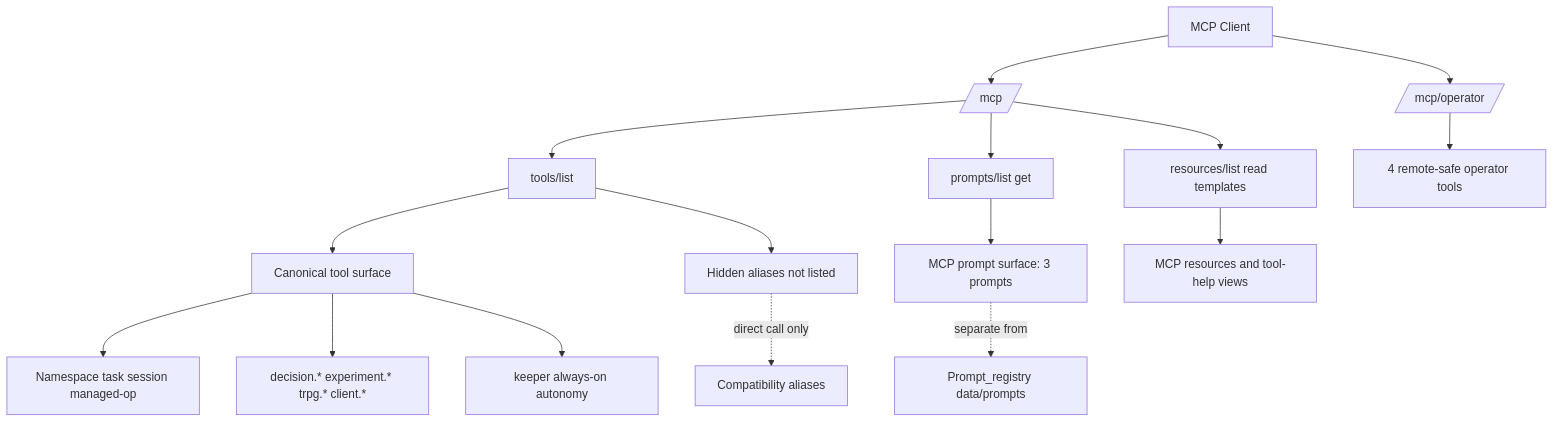
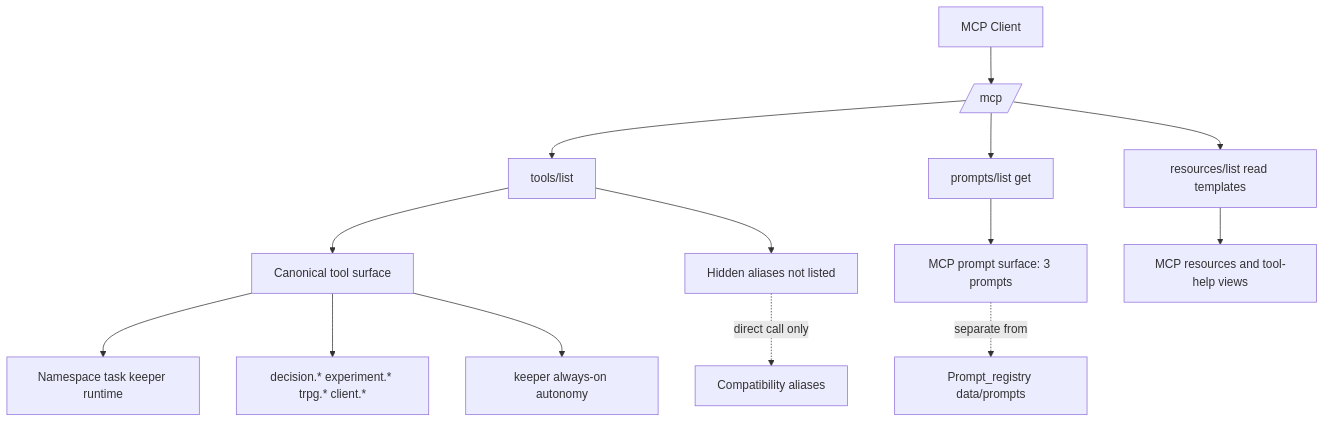
One commit to jeong-sik/masc changed the first of 5 diagrams in docs/MCP-SURFACE-AUDIT.md. Above: the diagram before and after it, drawn with Mermaid. The commit also changed other lines of this file and 38 other files, not shown here.

````diff
--- a/docs/MCP-SURFACE-AUDIT.md
+++ b/docs/MCP-SURFACE-AUDIT.md
@@ -61,24 +59,21 @@
 ```mermaid
 flowchart TD
   Client[MCP Client] --> MCP[/mcp/]
-  Client --> Operator[/mcp/operator/]
 
   MCP --> TL[tools/list]
   MCP --> PL[prompts/list get]
   MCP --> RL[resources/list read templates]
 
   TL --> Canon[Canonical tool surface]
   TL --> Hidden[Hidden aliases not listed]
 
-  Canon --> Core[Namespace task session managed-op]
+  Canon --> Core[Namespace task keeper runtime]
   Canon --> GameView[decision.* experiment.* trpg.* client.*]
   Canon --> Ecosystem[keeper always-on autonomy]
 
   PL --> PromptSurface[MCP prompt surface: 3 prompts]
   RL --> ResourceSurface[MCP resources and tool-help views]
 
-  Operator --> Remote4[4 remote-safe operator tools]
-
   Hidden -. direct call only .-> Compat[Compatibility aliases]
   PromptSurface -. separate from .-> InternalPrompts[Prompt_registry data/prompts]
 ```
````
